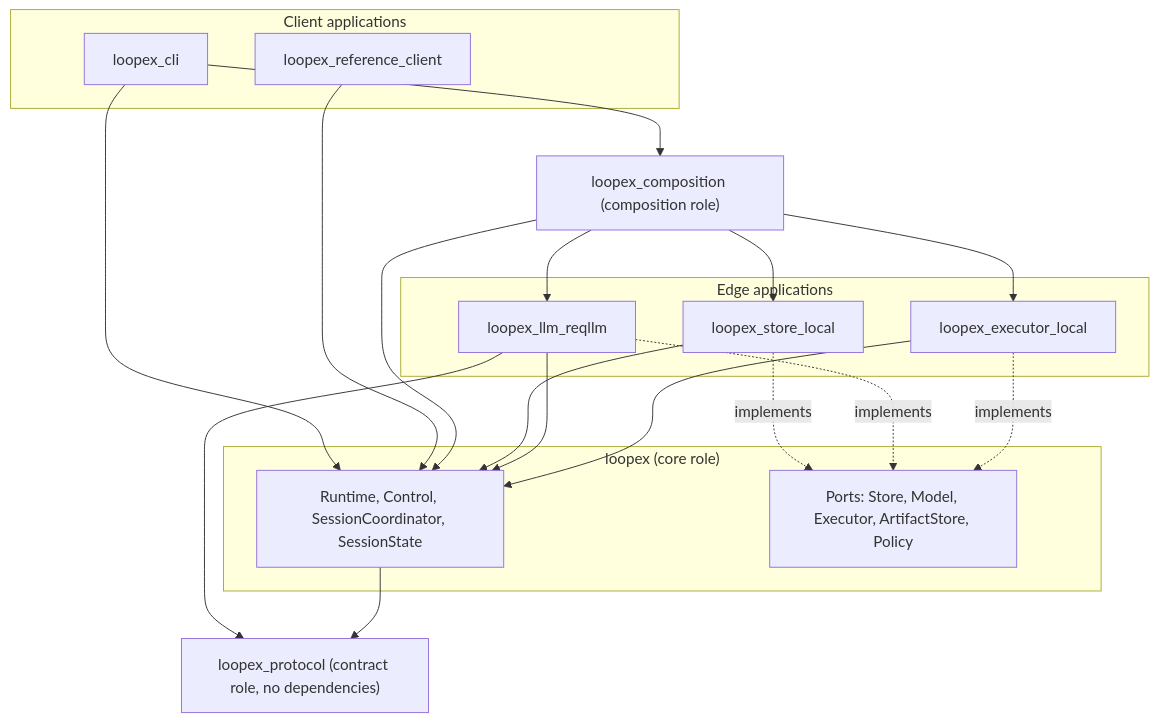
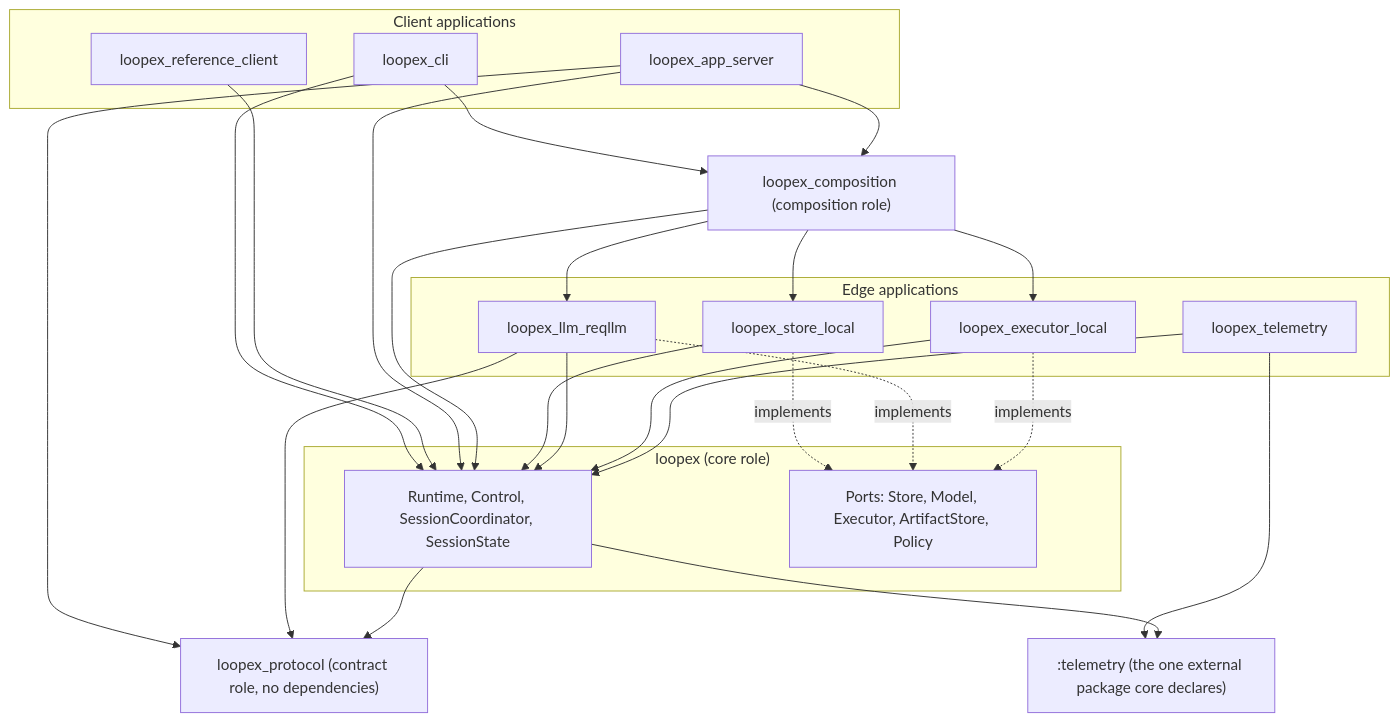
The first of 2 diagrams in docs/developer/architecture.md (lexlapax/loopex), drawn with Mermaid before and after one commit. The commit also changed other lines of this file and 9 other files, not shown here.

````diff
--- a/docs/developer/architecture.md
+++ b/docs/developer/architecture.md
@@ -55,38 +68,47 @@
 ```mermaid
 flowchart TB
     subgraph Clients["Client applications"]
       CLI["loopex_cli"]
       REF["loopex_reference_client"]
+      APPS["loopex_app_server"]
     end
 
     COMP["loopex_composition (composition role)"]
 
     subgraph Kernel["loopex (core role)"]
       RUNTIME["Runtime, Control, SessionCoordinator, SessionState"]
       PORTS["Ports: Store, Model, Executor, ArtifactStore, Policy"]
     end
 
     PROTO["loopex_protocol (contract role, no dependencies)"]
+    TEL[":telemetry (the one external package core declares)"]
 
     subgraph Edges["Edge applications"]
       STORE["loopex_store_local"]
       LLM["loopex_llm_reqllm"]
       EXEC["loopex_executor_local"]
+      TELE["loopex_telemetry"]
     end
 
     CLI --> COMP
     CLI --> RUNTIME
     REF --> RUNTIME
+    APPS --> COMP
+    APPS --> RUNTIME
+    APPS --> PROTO
     COMP --> RUNTIME
     COMP --> STORE
     COMP --> LLM
     COMP --> EXEC
     STORE --> RUNTIME
     LLM --> RUNTIME
     EXEC --> RUNTIME
+    TELE --> RUNTIME
+    TELE --> TEL
     LLM --> PROTO
     RUNTIME --> PROTO
+    RUNTIME --> TEL
     STORE -. implements .-> PORTS
     LLM -. implements .-> PORTS
     EXEC -. implements .-> PORTS
 ```
````
